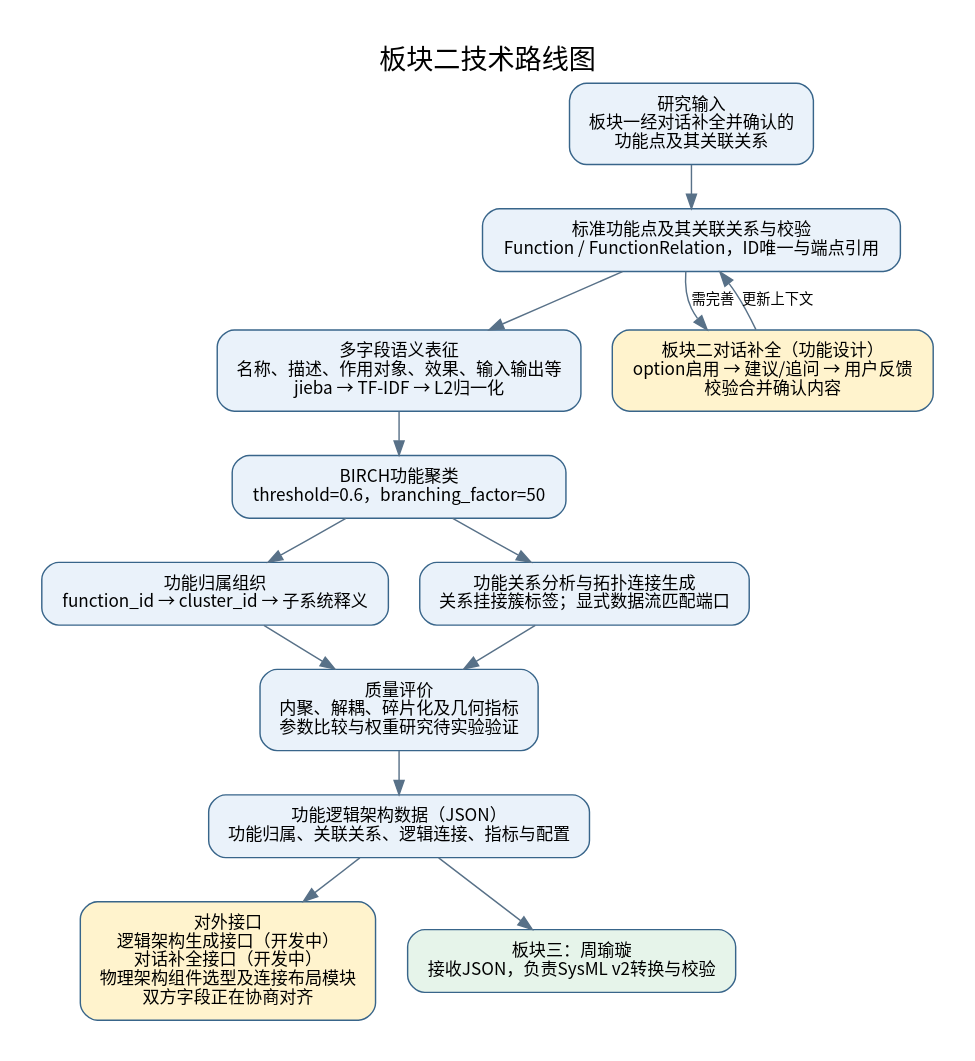
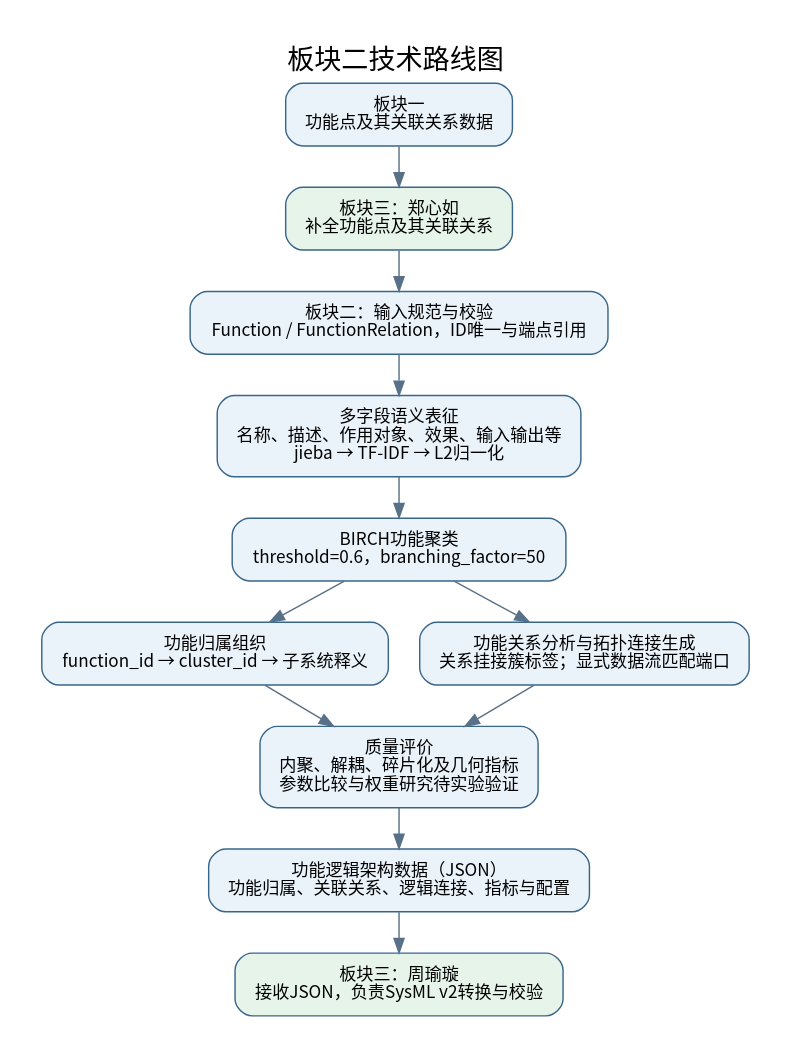
Before and after one commit to yueyunsun77-debug/yueyunsun77-debug: the diagram in 板块二进度说明/00_板块二技术路线图.dot, drawn with Graphviz. The commit also changed 10 other files, not shown here.

Commit message:
docs: 修正郑心如补全与周瑜璇接收的数据流并简化流程图

```diff
--- a/板块二进度说明/00_板块二技术路线图.dot
+++ b/板块二进度说明/00_板块二技术路线图.dot
@@ -1,33 +1,17 @@
 digraph G {
 graph [rankdir=TB,bgcolor="white",pad=0.3,nodesep=0.3,ranksep=0.4,fontname="Noto Sans CJK SC",fontsize=19];
 node [shape=box,style="rounded,filled",fillcolor="#EAF2FA",color="#38658A",fontname="Noto Sans CJK SC",fontsize=12,margin="0.18,0.12"];
 edge [color="#587188",fontname="Noto Sans CJK SC",fontsize=10];
 label="板块二技术路线图";labelloc=t;
-a[label="研究输入
-板块一经对话补全并确认的\n功能点及其关联关系"];
-b[label="标准功能点及其关联关系与校验
-Function / FunctionRelation，ID唯一与端点引用"];
-c[label="多字段语义表征
-名称、描述、作用对象、效果、输入输出等
-jieba → TF-IDF → L2归一化"];
-d[label="BIRCH功能聚类
-threshold=0.6，branching_factor=50"];
-e[label="功能归属组织
-function_id → cluster_id → 子系统释义"];
-f[label="功能关系分析与拓扑连接生成
-关系挂接簇标签；显式数据流匹配端口"];
-g[label="质量评价
-内聚、解耦、碎片化及几何指标
-参数比较与权重研究待实验验证"];
-h[label="功能逻辑架构数据（JSON）
-功能归属、关联关系、逻辑连接、指标与配置"];
-i[label="对外接口
-逻辑架构生成接口（开发中）
-对话补全接口（开发中）
-物理架构组件选型及连接布局模块\n双方字段正在协商对齐",fillcolor="#FFF3CD"];
-j[label="板块三：周瑜璇
-接收JSON，负责SysML v2转换与校验",fillcolor="#E6F4EA"];
-a->b->c->d;
-k[label="板块二对话补全（功能设计）\noption启用 → 建议/追问 → 用户反馈\n校验合并确认内容",fillcolor="#FFF3CD"];
-b->k[label="需完善"];k->b[label="更新上下文"];d->e;d->f;e->g;f->g;g->h;h->i;h->j;
+a[label="板块一\n功能点及其关联关系数据"];
+z[label="板块三：郑心如\n补全功能点及其关联关系",fillcolor="#E6F4EA"];
+b[label="板块二：输入规范与校验\nFunction / FunctionRelation，ID唯一与端点引用"];
+c[label="多字段语义表征\n名称、描述、作用对象、效果、输入输出等\njieba → TF-IDF → L2归一化"];
+d[label="BIRCH功能聚类\nthreshold=0.6，branching_factor=50"];
+e[label="功能归属组织\nfunction_id → cluster_id → 子系统释义"];
+f[label="功能关系分析与拓扑连接生成\n关系挂接簇标签；显式数据流匹配端口"];
+g[label="质量评价\n内聚、解耦、碎片化及几何指标\n参数比较与权重研究待实验验证"];
+h[label="功能逻辑架构数据（JSON）\n功能归属、关联关系、逻辑连接、指标与配置"];
+j[label="板块三：周瑜璇\n接收JSON，负责SysML v2转换与校验",fillcolor="#E6F4EA"];
+a->z->b->c->d;d->e;d->f;e->g;f->g;g->h->j;
 }
```
